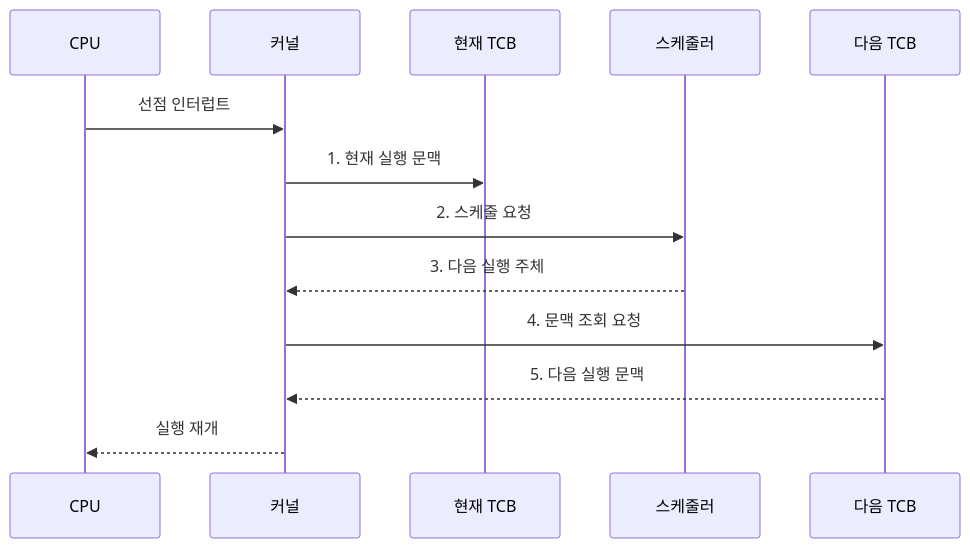
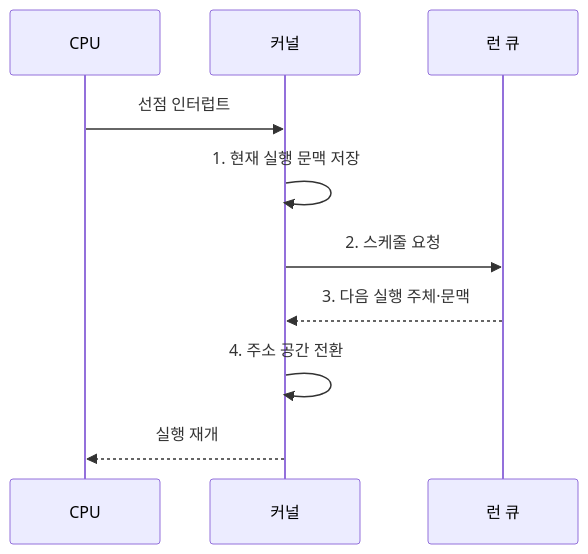
Before and after one commit to agnusdei1207/knowledge-base: the second of 2 diagrams in src/content/docs/notes/03-software/002_pcb_context_switching.md, drawn with Mermaid. The commit also changed other lines of this file and 9 other files, not shown here.

Commit message:
Simplify software execution diagrams

````diff
--- a/src/content/docs/notes/03-software/002_pcb_context_switching.md
+++ b/src/content/docs/notes/03-software/002_pcb_context_switching.md
@@ -103,15 +103,12 @@
 ```mermaid
 sequenceDiagram
     participant C as CPU
     participant K as 커널
-    participant A as 현재 TCB
-    participant S as 스케줄러
-    participant B as 다음 TCB
+    participant Q as 런 큐
     C->>K: 선점 인터럽트
-    K->>A: 1. 현재 실행 문맥
-    K->>S: 2. 스케줄 요청
-    S-->>K: 3. 다음 실행 주체
-    K->>B: 4. 문맥 조회 요청
-    B-->>K: 5. 다음 실행 문맥
+    K->>K: 1. 현재 실행 문맥 저장
+    K->>Q: 2. 스케줄 요청
+    Q-->>K: 3. 다음 실행 주체·문맥
+    K->>K: 4. 주소 공간 전환
     K-->>C: 실행 재개
 ```
````
